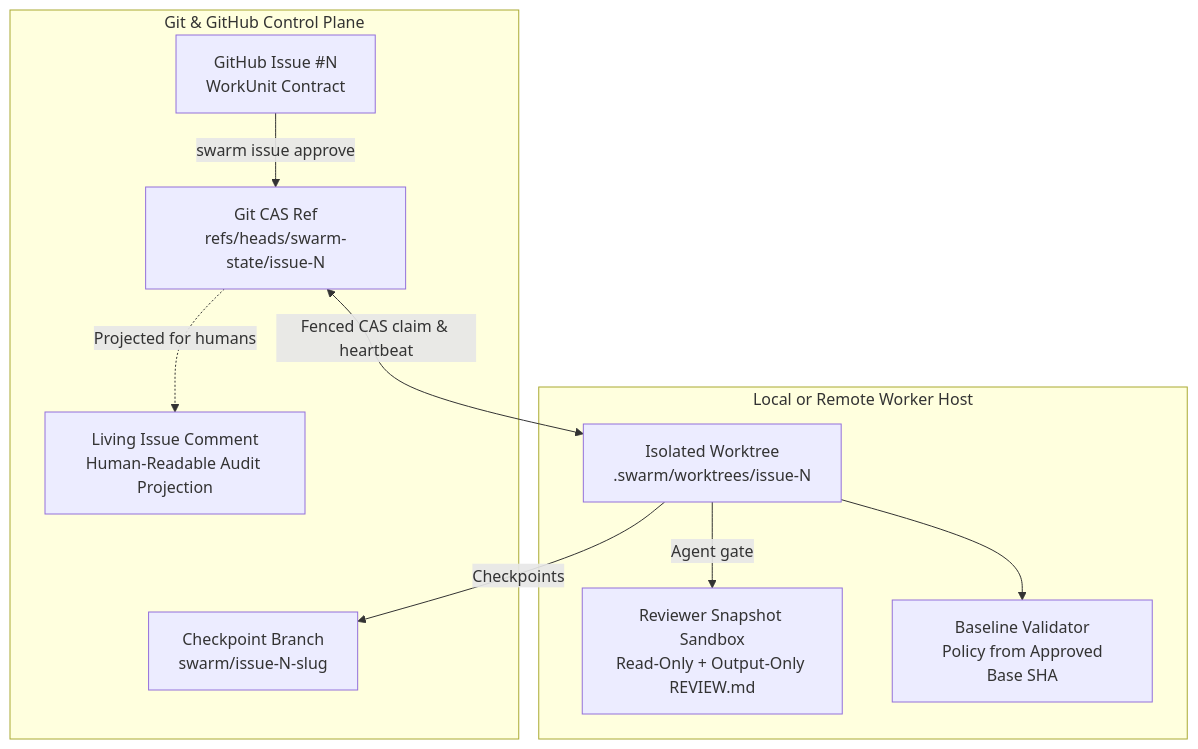
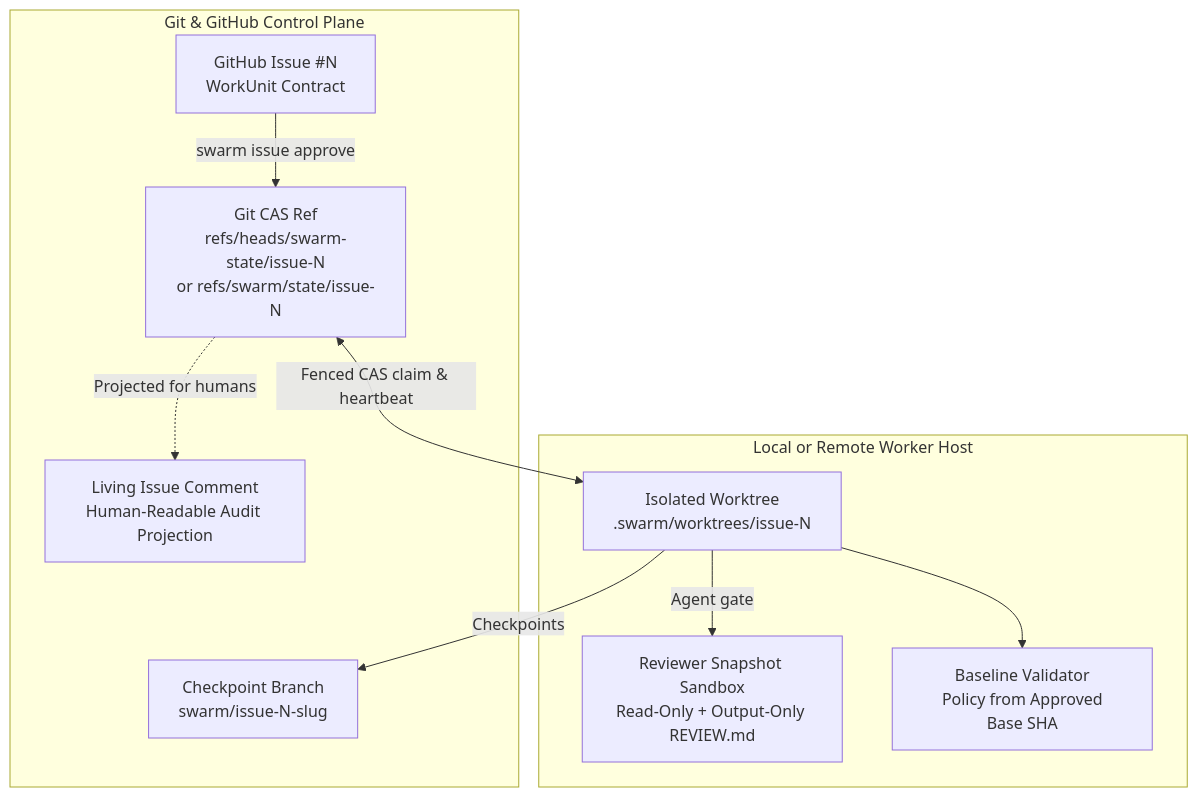
Before and after one commit to supernovae/SwarmOS: the diagram in docs/ARCHITECTURE.md, drawn with Mermaid. The commit also changed other lines of this file and 47 other files, not shown here.

Commit message:
Option to keep SwarmOS ledger refs out of the branch list (refs... (#76)

````diff
--- a/docs/ARCHITECTURE.md
+++ b/docs/ARCHITECTURE.md
@@ -5,22 +5,22 @@
 ```mermaid
 flowchart TB
     subgraph ControlPlane["Git & GitHub Control Plane"]
         Issue["GitHub Issue #N<br/>WorkUnit Contract"]
-        Ref["Git CAS Ref<br/>refs/heads/swarm-state/issue-N"]
+        Ref["Git CAS Ref<br/>refs/heads/swarm-state/issue-N<br/>or refs/swarm/state/issue-N"]
         Comment["Living Issue Comment<br/>Human-Readable Audit Projection"]
         Branch["Checkpoint Branch<br/>swarm/issue-N-slug"]
     end
 
     subgraph Execution["Local or Remote Worker Host"]
         WT["Isolated Worktree<br/>.swarm/worktrees/issue-N"]
         Sandbox["Reviewer Snapshot Sandbox<br/>Read-Only + Output-Only REVIEW.md"]
         Validator["Baseline Validator<br/> Policy from Approved Base SHA"]
     end
 
     Issue -->|swarm issue approve| Ref
     Ref -.->|Projected for humans| Comment
     Ref <-->|Fenced CAS claim & heartbeat| WT
     WT -->|Agent gate| Sandbox
     WT -->|Checkpoints| Branch
     WT --> Validator
 ```
````
